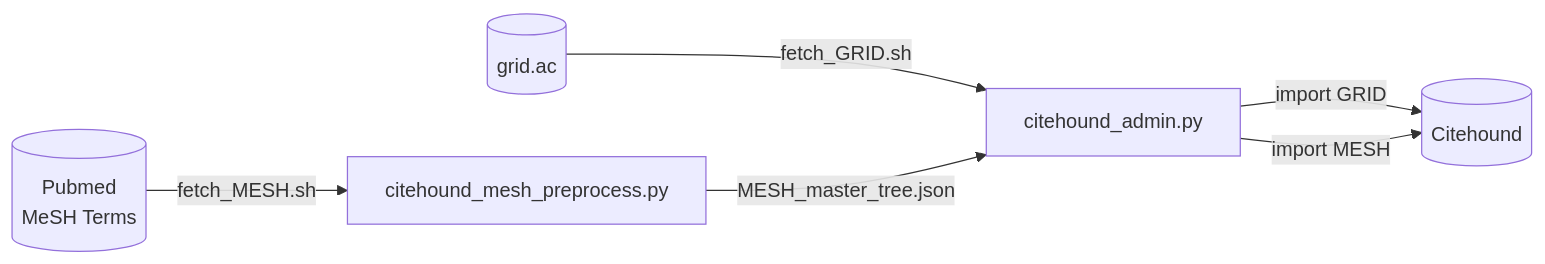
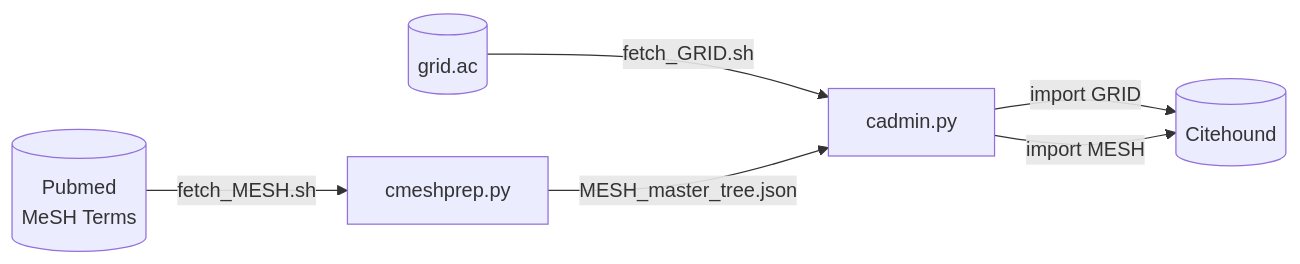
One commit to aanastasiou/citehound changed the diagram in doc/source/installation.rst. Above: the diagram before and after it, drawn with Mermaid. The commit also changed other lines of this file and 3 other files, not shown here.

```diff
--- a/doc/source/installation.rst
+++ b/doc/source/installation.rst
@@ -160,15 +160,15 @@
 .. mermaid::
 
    graph LR;
        PB2[(Pubmed<br/>MeSH Terms)];
        GRID[(grid.ac)];
-       BibAdmin[citehound_admin.py];
-       BibMESH[citehound_mesh_preprocess.py];
+       BibAdmin[cadmin.py];
+       BibMESH[cmeshprep.py];
        BibDB[(Citehound)];
 
        GRID -- fetch_GRID.sh --> BibAdmin;
        BibAdmin -- import GRID --> BibDB;
 
        PB2-- fetch_MESH.sh --> BibMESH;
        BibMESH -- MESH_master_tree.json --> BibAdmin;
        BibAdmin -- import MESH --> BibDB;
```
